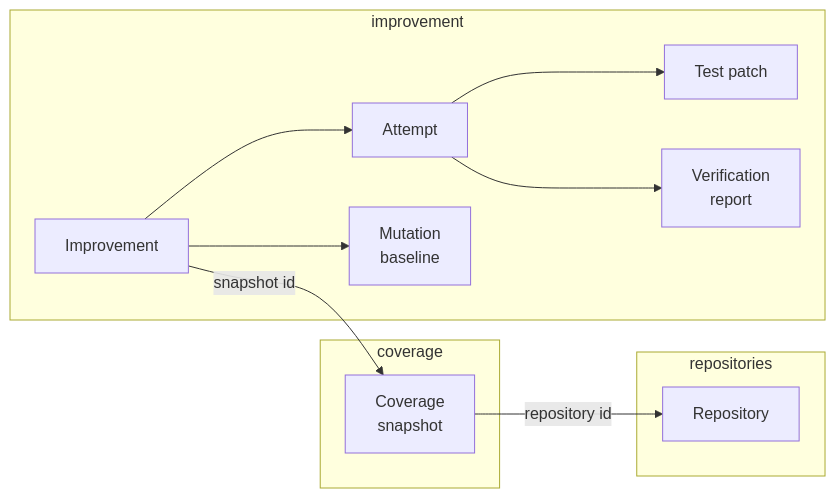
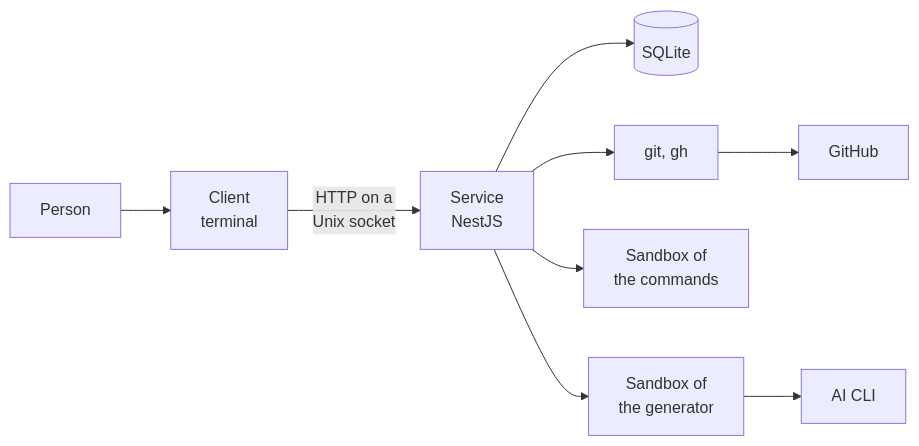
One commit to daitkhev/coverage-autopilot changed the first of 4 diagrams in docs/plan/system-design.md. Above: the diagram before and after it, drawn with Mermaid. The commit also changed other lines of this file, not shown here.

````diff
--- a/docs/plan/system-design.md
+++ b/docs/plan/system-design.md
@@ -39,20 +12,11 @@
 ```mermaid
 flowchart LR
-    subgraph REPO["repositories"]
-        R["Repository"]
-    end
-
-    subgraph COV["coverage"]
-        CS["Coverage<br/>snapshot"]
-    end
-
-    subgraph IMP["improvement"]
-        I["Improvement"] --> A["Attempt"]
-        I --> MB["Mutation<br/>baseline"]
-        A --> TP["Test patch"]
-        A --> VR["Verification<br/>report"]
-    end
-
-    CS -->|"repository id"| R
-    I -->|"snapshot id"| CS
+    P["Person"] --> CL["Client<br/>terminal"]
+    CL -->|"HTTP on a<br/>Unix socket"| SVC["Service<br/>NestJS"]
+    SVC --> DB[("SQLite")]
+    SVC --> GIT["git, gh"]
+    GIT --> GH["GitHub"]
+    SVC --> SB["Sandbox of<br/>the commands"]
+    SVC --> GS["Sandbox of<br/>the generator"]
+    GS --> AI["AI CLI"]
 ```
````
